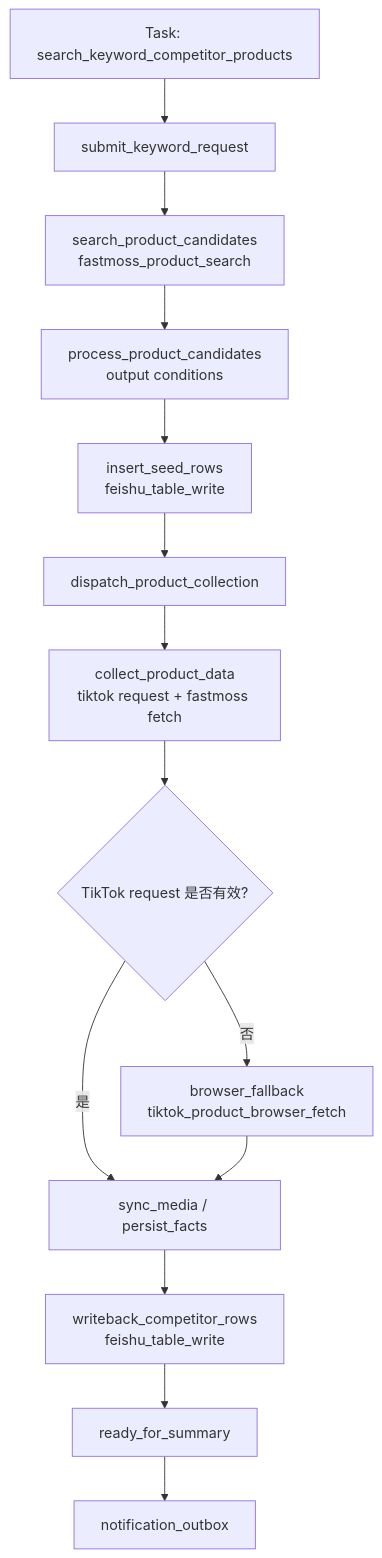
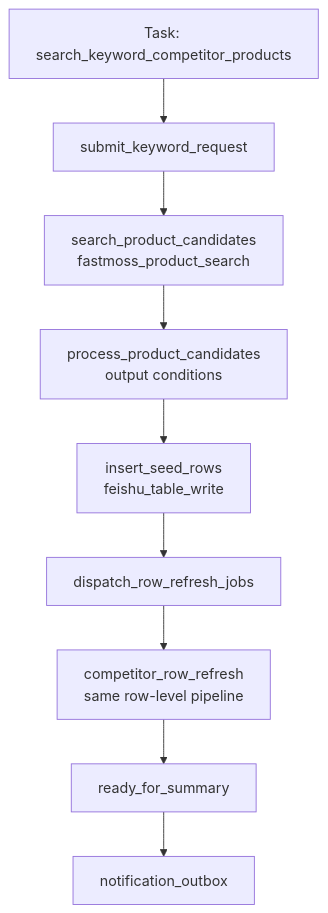
The fourth of 5 diagrams in docs/arch/workflow-competitor-table-design.md (knighterrantsky/mujitask), drawn with Mermaid before and after one commit. The commit also changed other lines of this file and 36 other files, not shown here.

Commit message:
Implement competitor row refresh pipeline

````diff
--- a/docs/arch/workflow-competitor-table-design.md
+++ b/docs/arch/workflow-competitor-table-design.md
@@ -138,16 +196,11 @@
 ```mermaid
 flowchart TD
     A["Task: search_keyword_competitor_products"] --> B["submit_keyword_request"]
     B --> C["search_product_candidates<br/>fastmoss_product_search"]
     C --> D["process_product_candidates<br/>output conditions"]
     D --> E["insert_seed_rows<br/>feishu_table_write"]
-    E --> F["dispatch_product_collection"]
-    F --> G["collect_product_data<br/>tiktok request + fastmoss fetch"]
-    G --> H{"TikTok request 是否有效?"}
-    H -->|否| I["browser_fallback<br/>tiktok_product_browser_fetch"]
-    H -->|是| J["sync_media / persist_facts"]
-    I --> J
-    J --> K["writeback_competitor_rows<br/>feishu_table_write"]
-    K --> L["ready_for_summary"]
-    L --> M["notification_outbox"]
+    E --> F["dispatch_row_refresh_jobs"]
+    F --> G["competitor_row_refresh<br/>same row-level pipeline"]
+    G --> H["ready_for_summary"]
+    H --> I["notification_outbox"]
 ```
````
